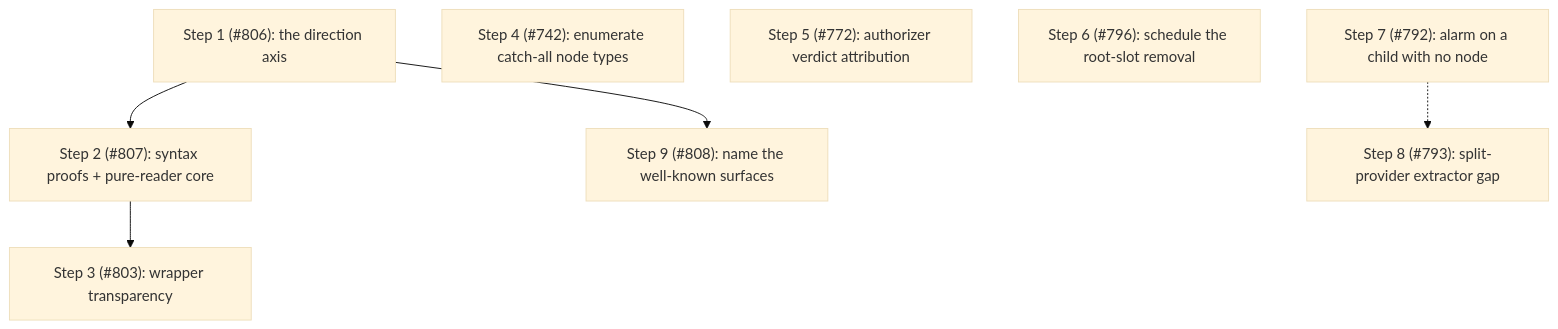
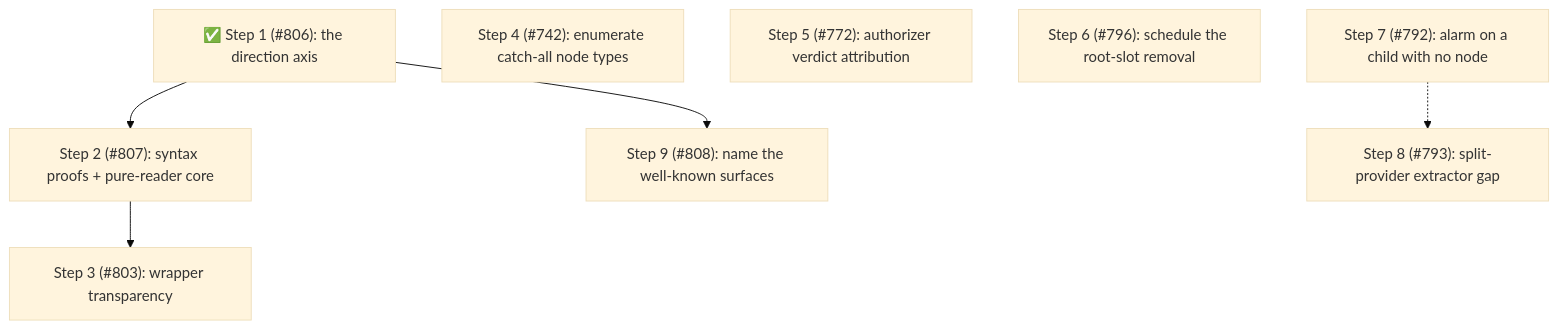
The fourth of 4 diagrams in packages/pi-permission-system/docs/architecture/architecture.md (gotgenes/pi-packages), drawn with Mermaid (base theme) before and after one commit. The commit also changed other lines of this file and 4 other files, not shown here.

````diff
--- a/packages/pi-permission-system/docs/architecture/architecture.md
+++ b/packages/pi-permission-system/docs/architecture/architecture.md
@@ -1196,13 +1209,13 @@
 ```mermaid
 flowchart TD
-    S1["Step 1 (#806): the direction axis"] --> S2["Step 2 (#807): syntax proofs + pure-reader core"]
+    S1["✅ Step 1 (#806): the direction axis"] --> S2["Step 2 (#807): syntax proofs + pure-reader core"]
     S2 --> S3["Step 3 (#803): wrapper transparency"]
     S4["Step 4 (#742): enumerate catch-all node types"]
     S5["Step 5 (#772): authorizer verdict attribution"]
     S6["Step 6 (#796): schedule the root-slot removal"]
     S7["Step 7 (#792): alarm on a child with no node"]
     S8["Step 8 (#793): split-provider extractor gap"]
     S9["Step 9 (#808): name the well-known surfaces"]
     S7 -.-> S8
     S1 --> S9
 ```
````
